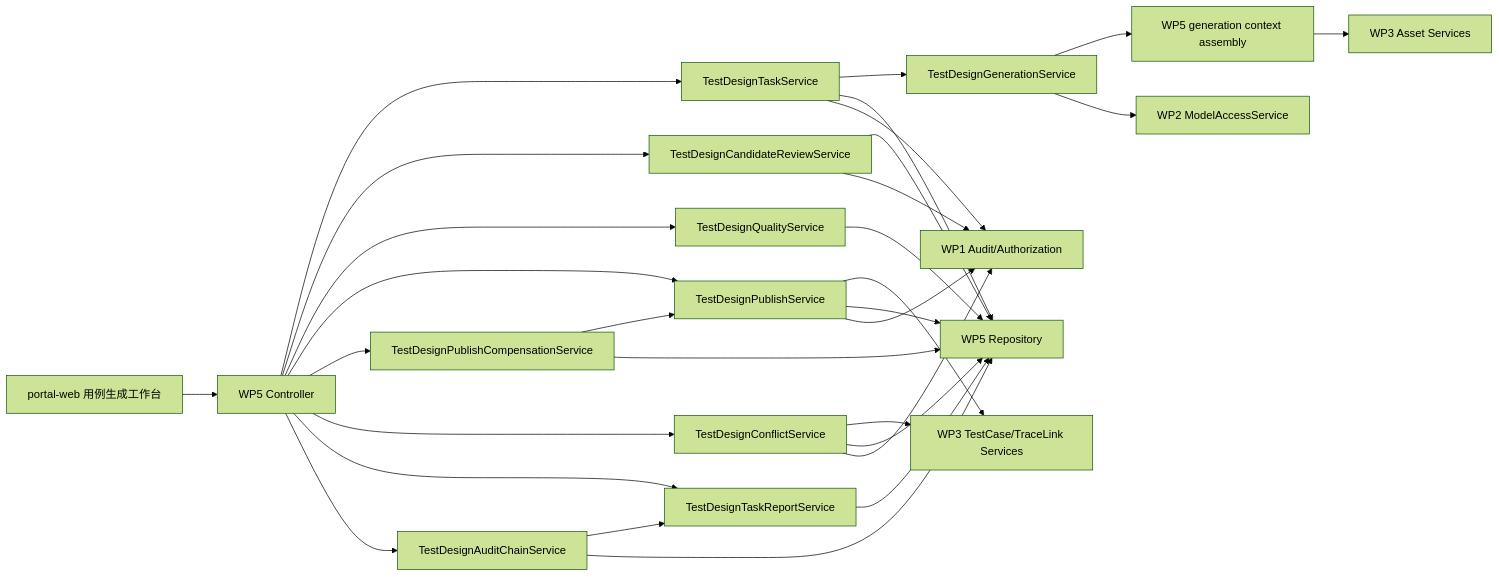
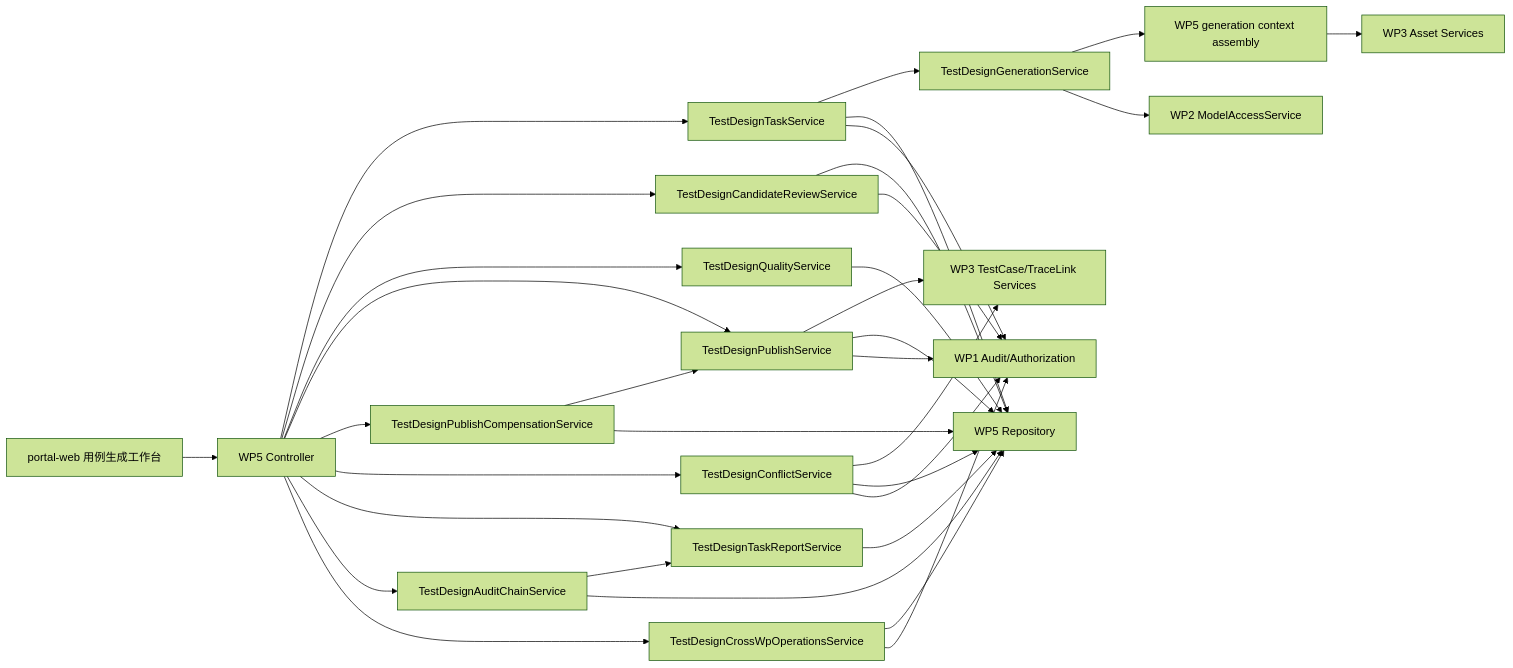
Before and after one commit to Sunhg2017/veri-agent: the diagram in doc/mvp/final/engineering/WP5-AI用例生成与评审-技术设计与接口契约.md, drawn with Mermaid (forest theme). The commit also changed other lines of this file and 34 other files, not shown here.

````diff
--- a/doc/mvp/final/engineering/WP5-AI用例生成与评审-技术设计与接口契约.md
+++ b/doc/mvp/final/engineering/WP5-AI用例生成与评审-技术设计与接口契约.md
@@ -25,32 +25,35 @@
 ```mermaid
 flowchart LR
     UI["portal-web 用例生成工作台"] --> API["WP5 Controller"]
     API --> TASK["TestDesignTaskService"]
     API --> REV["TestDesignCandidateReviewService"]
     API --> QUAL["TestDesignQualityService"]
     API --> PUB["TestDesignPublishService"]
     API --> COMP["TestDesignPublishCompensationService"]
     API --> CONFLICT["TestDesignConflictService"]
     API --> REPORT["TestDesignTaskReportService"]
     API --> AUDITCHAIN["TestDesignAuditChainService"]
+    API --> OPS["TestDesignCrossWpOperationsService"]
     TASK --> GEN["TestDesignGenerationService"]
     GEN --> CTX["WP5 generation context assembly"]
     CTX --> WP3R["WP3 Asset Services"]
     GEN --> WP2["WP2 ModelAccessService"]
     PUB --> WP3W["WP3 TestCase/TraceLink Services"]
     CONFLICT --> WP3W
     TASK --> REPO["WP5 Repository"]
     REV --> REPO
     QUAL --> REPO
     PUB --> REPO
     COMP --> PUB
     COMP --> REPO
     CONFLICT --> REPO
     REPORT --> REPO
     AUDITCHAIN --> REPORT
     AUDITCHAIN --> REPO
+    OPS --> REPO
     TASK --> AUDIT["WP1 Audit/Authorization"]
     REV --> AUDIT
     PUB --> AUDIT
     CONFLICT --> AUDIT
+    OPS --> AUDIT
 ```
````
